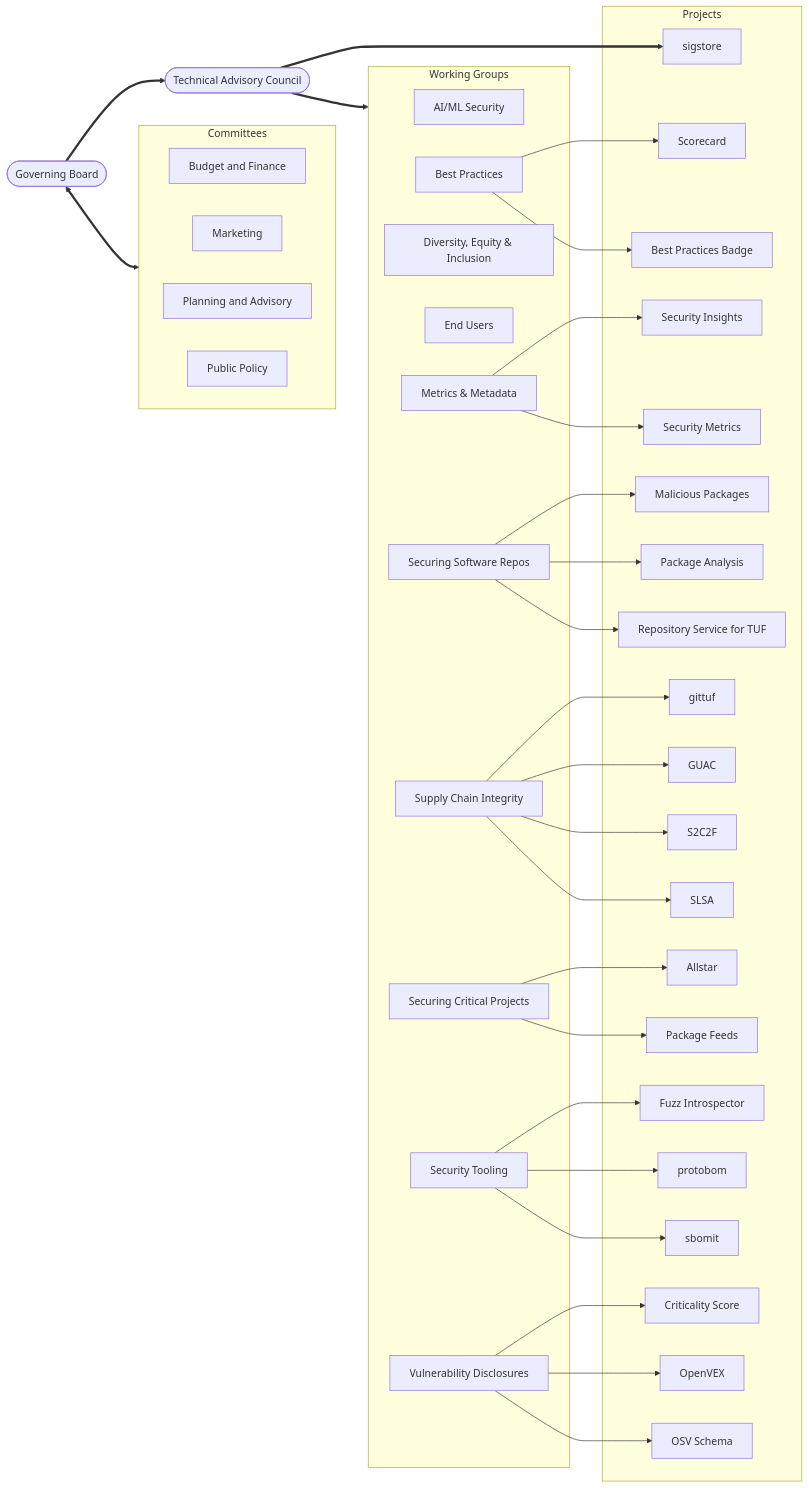
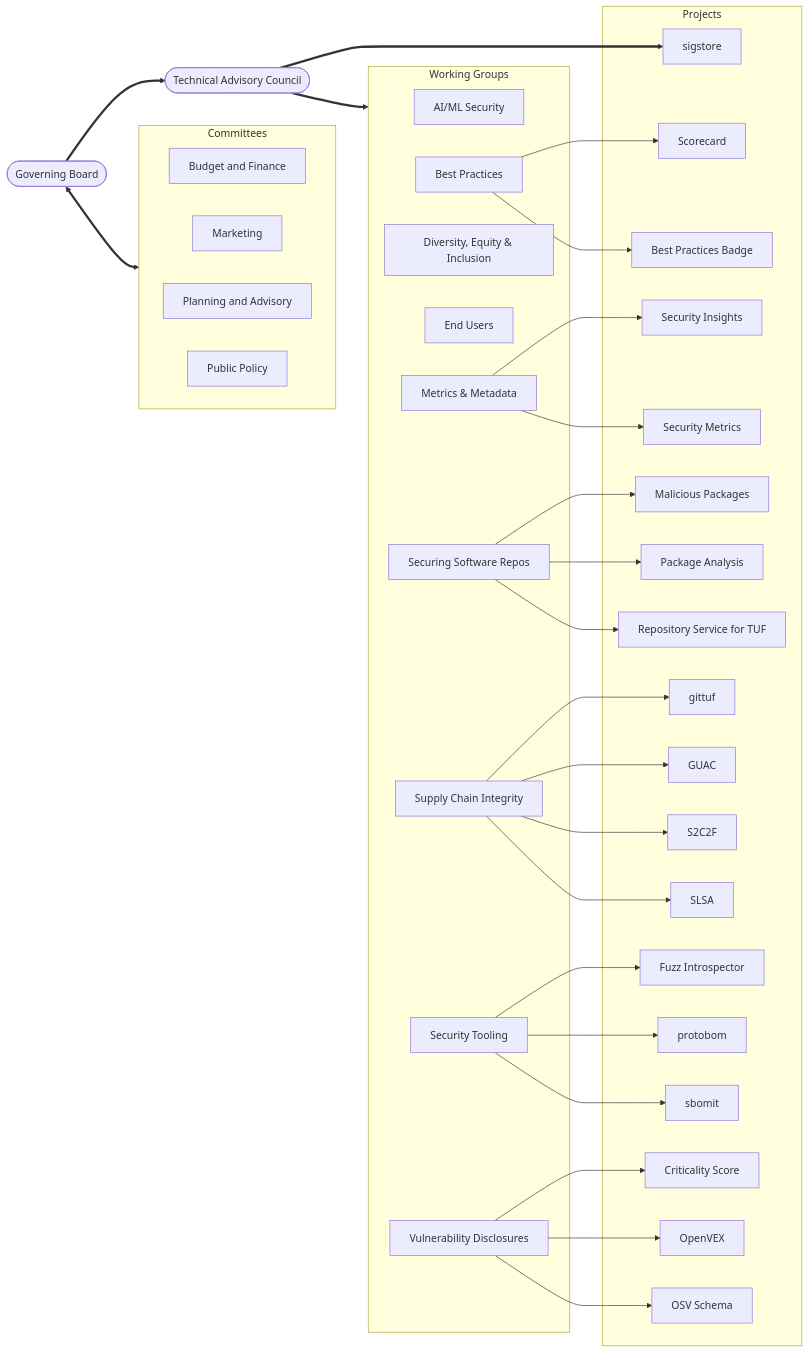
One commit to ossf/tac changed the diagram in organizational-structure-overview.md. Above: the diagram before and after it, drawn with Mermaid. The commit also changed 2 other files, not shown here.

Commit message:
Archive the Securing Critical Projects WG (#596)
---------

````diff
--- a/organizational-structure-overview.md
+++ b/organizational-structure-overview.md
@@ -51,73 +51,68 @@
 ```mermaid
 flowchart LR
     GB([Governing Board])
 
     subgraph subC[Committees]
         direction LR
         Budget[Budget and Finance]
         Market[Marketing]
         Plan[Planning and Advisory]
         Policy[Public Policy]
     end
     GB <==> subC
     GB ==> TAC([Technical Advisory Council])
 
     subgraph WG[Working Groups]
         AI[AI/ML Security]
         BP[Best Practices]
         DEI[Diversity, Equity & Inclusion]
         EU[End Users]
         MM[Metrics & Metadata]
         REP[Securing Software Repos]
         SCI[Supply Chain Integrity]
-        SCP[Securing Critical Projects]
         ST[Security Tooling]
         VD[Vulnerability Disclosures]
     end
 
     subgraph projects[Projects]
        Scorecard[Scorecard]
        BPB[Best Practices Badge]
        SI[Security Insights]
        SM[Security Metrics]
        MP[Malicious Packages]
        PA[Package Analysis]
        Rstuf[Repository Service for TUF]
        Gittuf[gittuf]
        GUAC[GUAC]
        SLSA[SLSA]
        S2C2F
-       Allstar[Allstar]
        Sigstore[sigstore]
-       PF[Package Feeds]
        FI[Fuzz Introspector]
        Protobom[protobom]
        Sbomit[sbomit]
        CS[Criticality Score]
        OpenVEX[OpenVEX]
        OSV[OSV Schema]
     end
 
     TAC ==> WG
     TAC ==> Sigstore
 
     BP --> Scorecard
     BP --> BPB
     MM --> SI
     MM --> SM
     REP --> MP
     REP --> PA
     REP --> Rstuf
     SCI --> Gittuf
     SCI --> GUAC
     SCI --> S2C2F
     SCI --> SLSA
-    SCP --> Allstar
-    SCP --> PF
     ST --> FI
     ST --> Protobom
     ST --> Sbomit
     VD --> CS
     VD --> OpenVEX
     VD --> OSV
 ```
````
